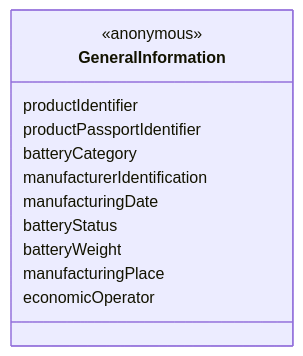
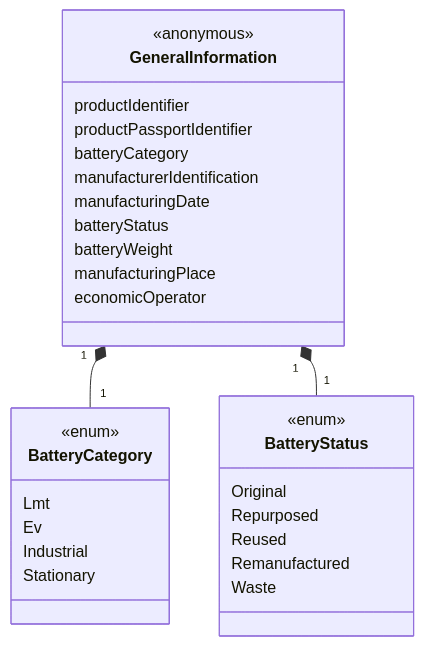
The second of 8 diagrams in docs/contexts/dbp/vocabulary.md (spherity/dpp-vocabulary), drawn with Mermaid before and after one commit. The commit also changed other lines of this file and 1 other file, not shown here.

````diff
--- a/docs/contexts/dbp/vocabulary.md
+++ b/docs/contexts/dbp/vocabulary.md
@@ -108,15 +108,32 @@
 ```mermaid
 classDiagram
     class GeneralInformation{
         <<anonymous>>
         productIdentifier
         productPassportIdentifier
         batteryCategory
         manufacturerIdentification
         manufacturingDate
         batteryStatus
         batteryWeight
         manufacturingPlace
         economicOperator
     }
+    class BatteryCategory{
+        <<enum>>
+        Lmt
+        Ev
+        Industrial
+        Stationary
+    }
+    class BatteryStatus{
+        <<enum>>
+        Original
+        Repurposed
+        Reused
+        Remanufactured
+        Waste
+    }
+    GeneralInformation "1" *-- "1" BatteryCategory
+    GeneralInformation "1" *-- "1" BatteryStatus
 ```
````
